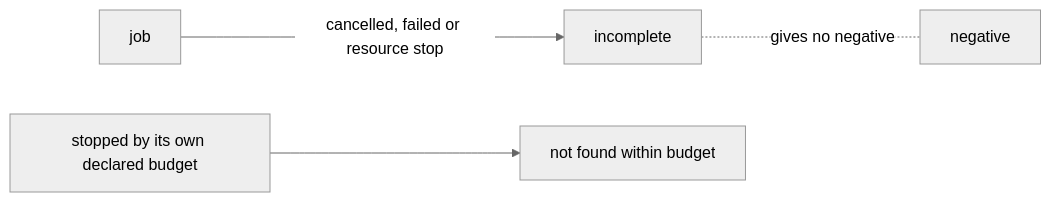
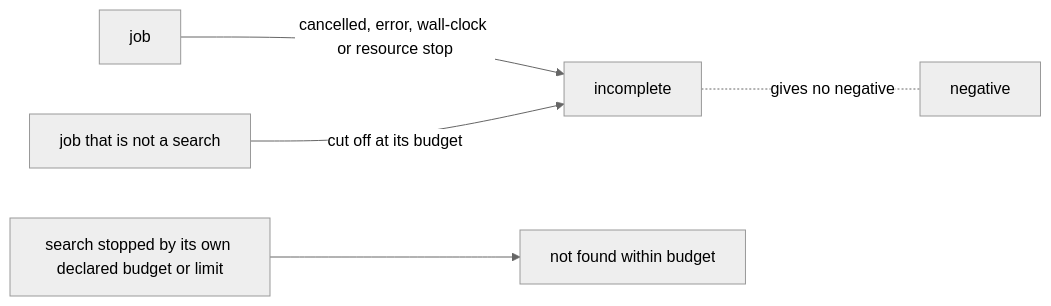
The diagram in docs/progress/1.0/glossary/diagrams/incomplete.mmd (KonomiYuzu01/Magic-600-Cell), drawn with Mermaid (neutral theme) before and after one commit. The commit also changed 78 other files, not shown here.

```diff
--- a/docs/progress/1.0/glossary/diagrams/incomplete.mmd
+++ b/docs/progress/1.0/glossary/diagrams/incomplete.mmd
@@ -1,4 +1,5 @@
 flowchart LR
-  J[job] -->|cancelled, failed or resource stop| I[incomplete]
+  J[job] -->|"cancelled, error, wall-clock or resource stop"| I[incomplete]
+  J2[job that is not a search] -->|cut off at its budget| I
   I -. gives no negative .- N[negative]
-  B[stopped by its own declared budget] --> NF[not found within budget]
+  B[search stopped by its own declared budget or limit] --> NF[not found within budget]
```
